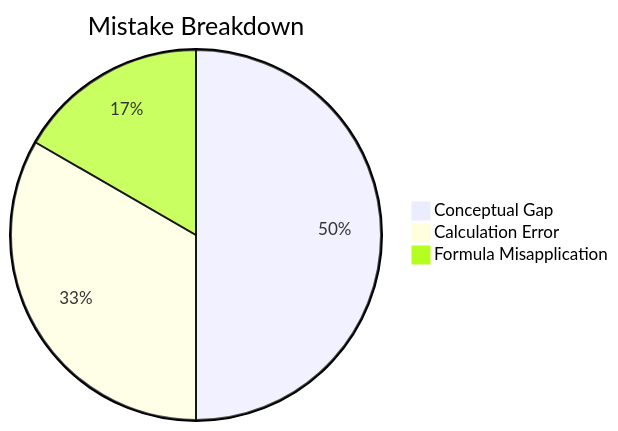
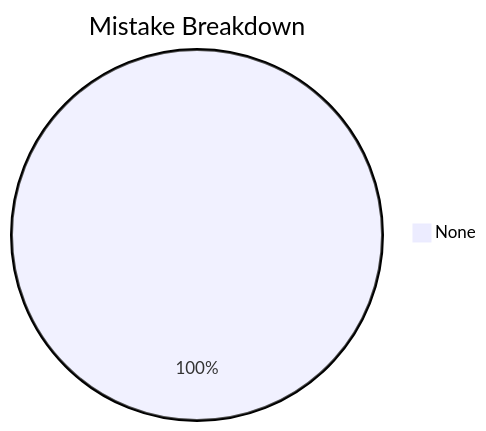
One commit to skc-coder/SAGE changed the third of 3 diagrams in content/cds/elementary-mathematics/elementary_mathematics_overview.md. Above: the diagram before and after it, drawn with Mermaid. The commit also changed other lines of this file and 14 other files, not shown here.

````diff
--- a/content/cds/elementary-mathematics/elementary_mathematics_overview.md
+++ b/content/cds/elementary-mathematics/elementary_mathematics_overview.md
@@ -72,6 +33,4 @@
 ```mermaid
 pie title Mistake Breakdown
-    "Conceptual Gap" : 3
-    "Calculation Error" : 2
-    "Formula Misapplication" : 1
+    "None" : 1
 ```
````
